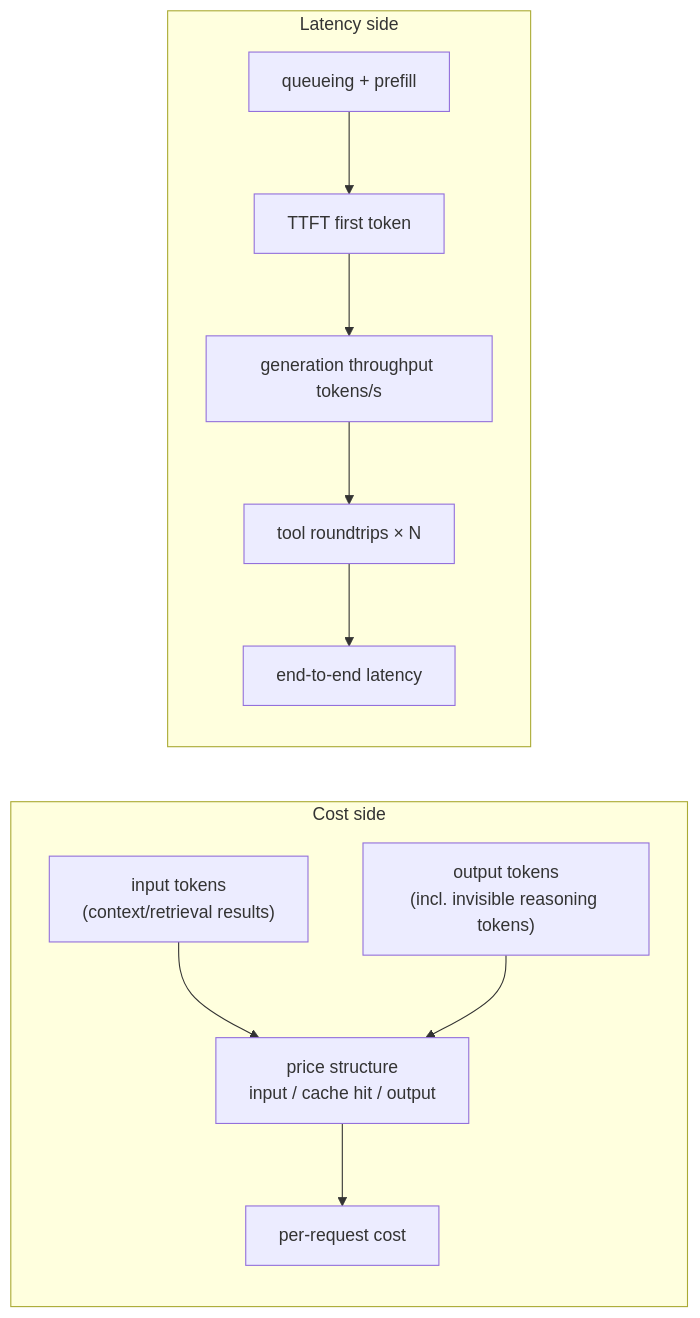
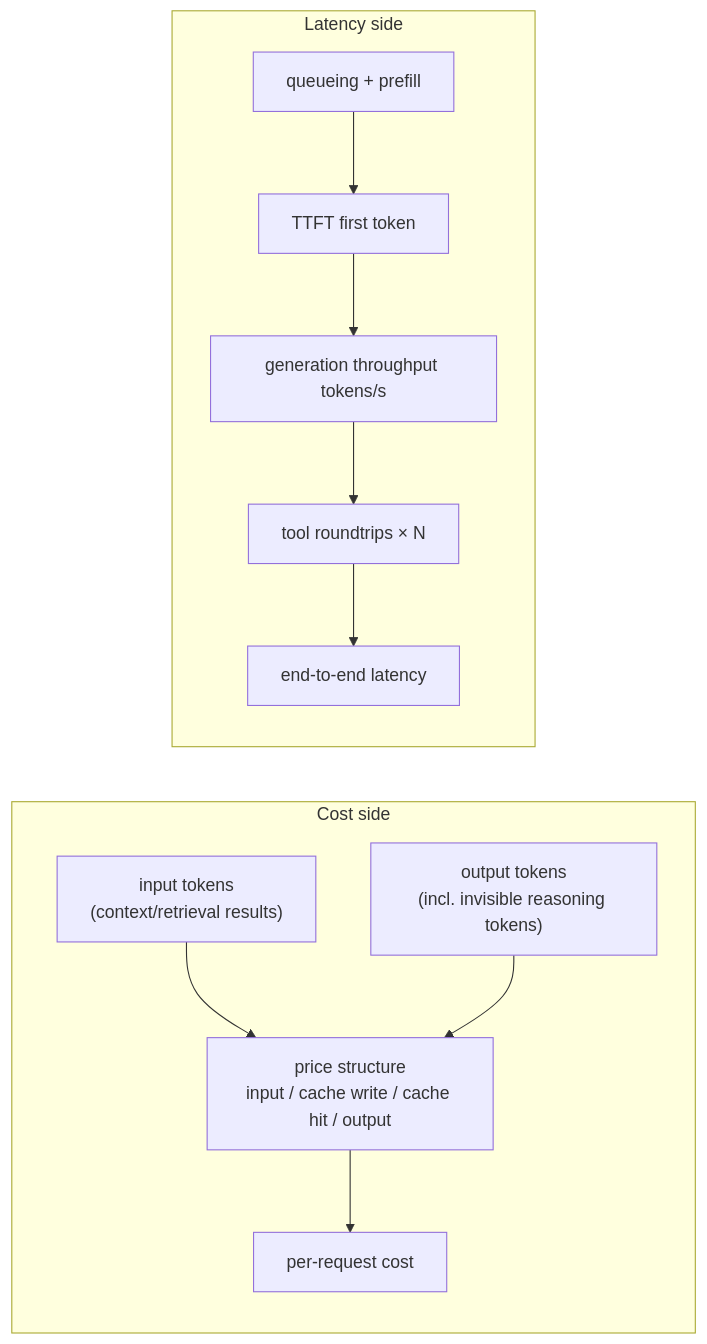
Before and after one commit to zenHeart/learn-ai: the diagram in docs/tech/08-production/cost-performance.md, drawn with Mermaid. The commit also changed other lines of this file and 67 other files, not shown here.

````diff
--- a/docs/tech/08-production/cost-performance.md
+++ b/docs/tech/08-production/cost-performance.md
@@ -30,14 +30,14 @@
 ```mermaid
 flowchart LR
     subgraph Cost side
-    A["input tokens<br/>(context/retrieval results)"] --> P["price structure<br/>input / cache hit / output"]
+    A["input tokens<br/>(context/retrieval results)"] --> P["price structure<br/>input / cache write / cache hit / output"]
     B["output tokens<br/>(incl. invisible reasoning tokens)"] --> P
     P --> C["per-request cost"]
     end
     subgraph Latency side
     T1["queueing + prefill"] --> T2["TTFT first token"]
     T2 --> T3["generation throughput tokens/s"]
     T3 --> T4["tool roundtrips × N"]
     T4 --> T5["end-to-end latency"]
     end
 ```
````
